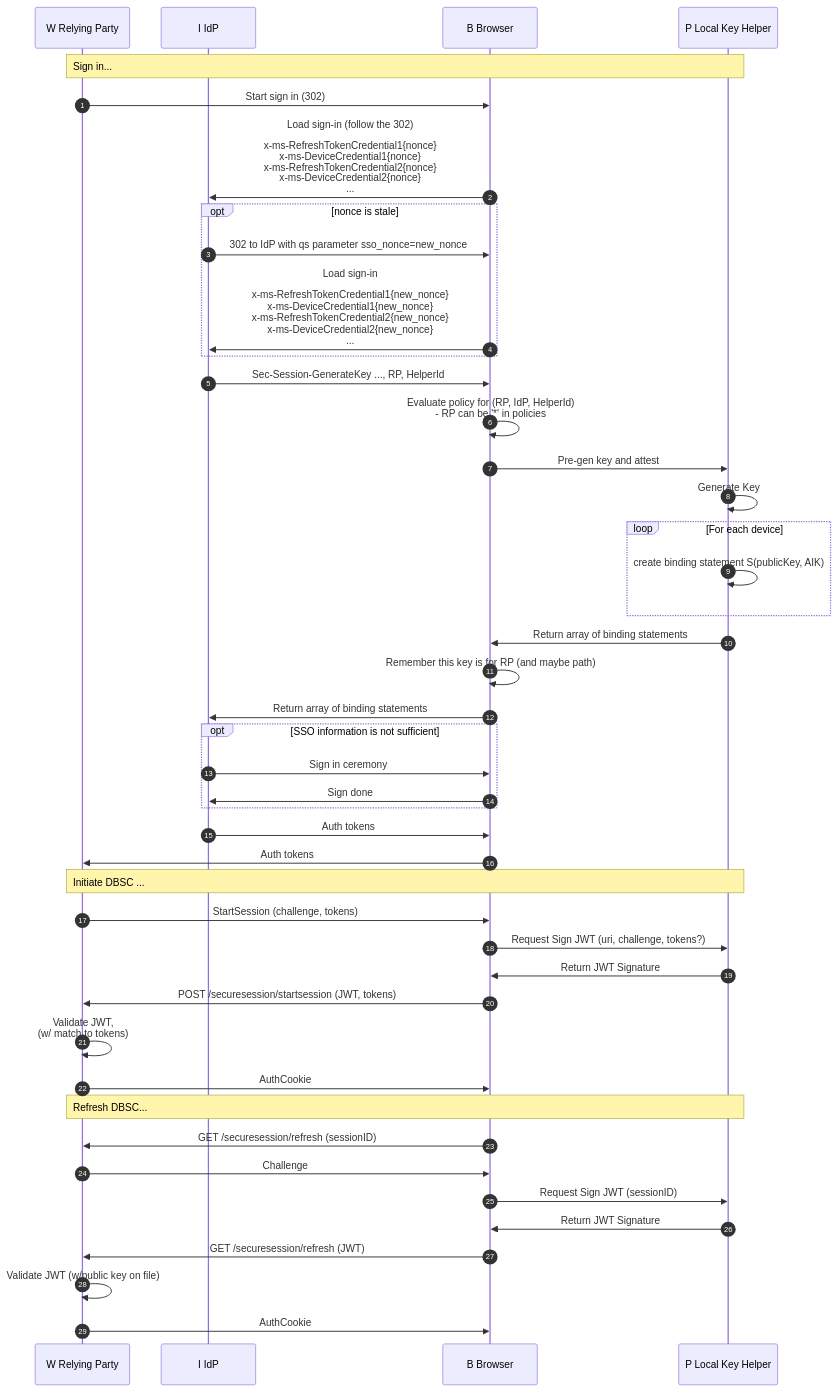
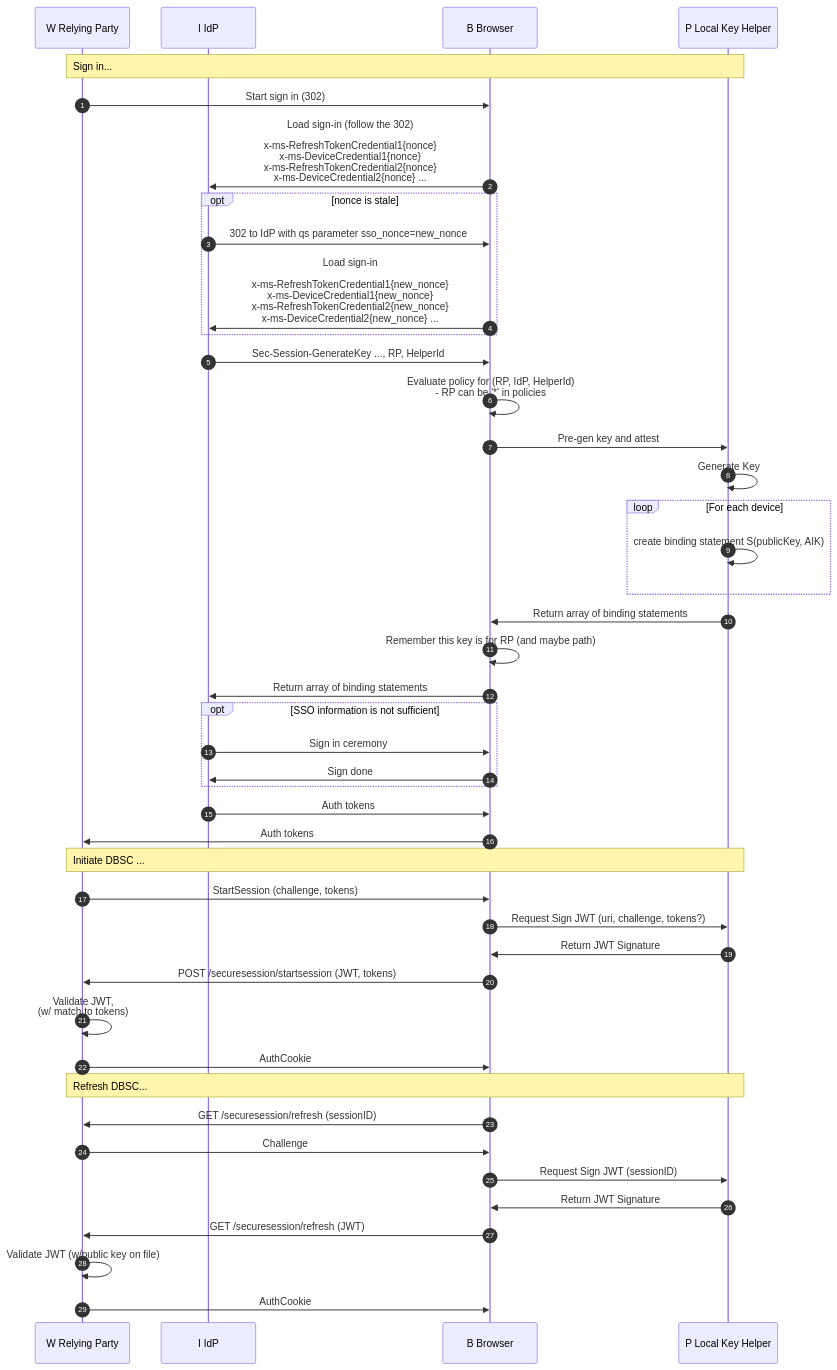
Before and after one commit to alextok/dbsc-discussions: the third of 9 diagrams in README.md, drawn with Mermaid.

Commit message:
Minor changes

`````````diff
--- a/README.md
+++ b/README.md
@@ -71,58 +71,58 @@
 ```mermaid
 sequenceDiagram
 %%{ init: { 'sequence': { 'noteAlign': 'left'} } }%%
 autonumber 1
 participant W as W Relying Party
 participant I as I IdP
 participant B as B Browser
 participant P as P Local Key Helper
  
 Note over W, P: Sign in...
 W->>B: Start sign in (302)
 
-B->>I: Load sign-in (follow the 302)<br/><br/>x-ms-RefreshTokenCredential1{nonce}<br/>x-ms-DeviceCredential1{nonce}<br/> x-ms-RefreshTokenCredential2{nonce}<br/> x-ms-DeviceCredential2{nonce}<br/>...
+B->>I: Load sign-in (follow the 302)<br/><br/>x-ms-RefreshTokenCredential1{nonce}<br/>x-ms-DeviceCredential1{nonce}<br/> x-ms-RefreshTokenCredential2{nonce}<br/> x-ms-DeviceCredential2{nonce} ...
 
 opt nonce is stale
 I->>B: 302 to IdP with qs parameter sso_nonce=new_nonce
-B->>I: Load sign-in<br/><br/>x-ms-RefreshTokenCredential1{new_nonce}<br/>x-ms-DeviceCredential1{new_nonce}<br/> x-ms-RefreshTokenCredential2{new_nonce}<br/> x-ms-DeviceCredential2{new_nonce}<br/>...
+B->>I: Load sign-in<br/><br/>x-ms-RefreshTokenCredential1{new_nonce}<br/>x-ms-DeviceCredential1{new_nonce}<br/> x-ms-RefreshTokenCredential2{new_nonce}<br/> x-ms-DeviceCredential2{new_nonce} ...
 end
 
 I->>B: Sec-Session-GenerateKey ..., RP, HelperId
 B->>B: Evaluate policy for (RP, IdP, HelperId)<br/> - RP can be '*' in policies
 B->>P: Pre-gen key and attest
  
 P->>P: Generate Key
  
 loop For each device
 P->>P: create binding statement S(publicKey, AIK)
 end
 
 P->>B: Return array of binding statements
 B->>B: Remember this key is for RP (and maybe path)
 B->>I: Return array of binding statements
 
 opt SSO information is not sufficient 
 I->>B: Sign in ceremony
 B->>I: Sign done
 end
  
 I->>B: Auth tokens
 B->>W: Auth tokens
  
 Note over W, P: Initiate DBSC ...
 W->>B: StartSession (challenge, tokens)
 B->>P: Request Sign JWT (uri, challenge, tokens?)
 P->>B: Return JWT Signature
 B->>W: POST /securesession/startsession (JWT, tokens)
 W->>W: Validate JWT, <br/>(w/ match to tokens)
 W->>B: AuthCookie
 
 Note over W, P: Refresh DBSC...
 B->>W: GET /securesession/refresh (sessionID)
 W->>B: Challenge
 B->>P: Request Sign JWT (sessionID)
 P->>B: Return JWT Signature
 B->>W: GET /securesession/refresh (JWT)
 W->>W: Validate JWT (w/public key on file)
 W->>B: AuthCookie
 ````````
`````````
